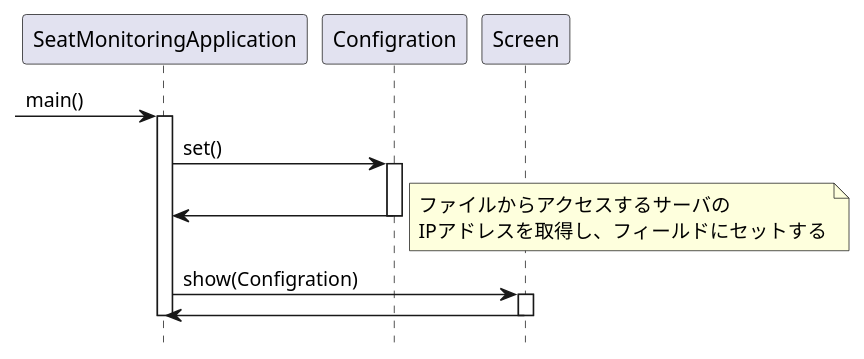
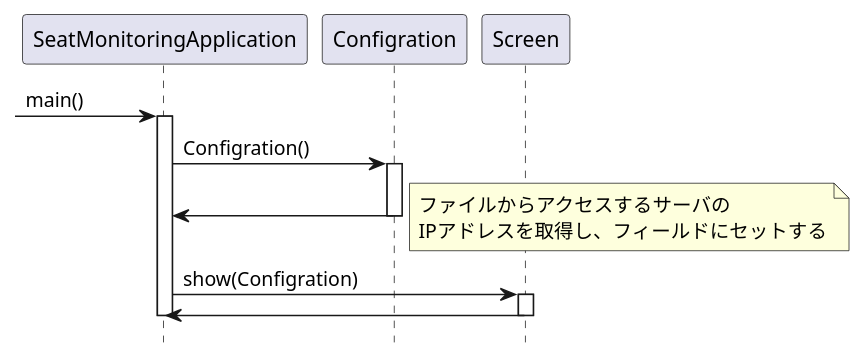
One commit to KeisukeSugita/Seat-monitoring-system changed the diagram in doc/詳細設計/構成図(.pu)/座席監視アプリ起動シーケンス図.pu. Above: the diagram before and after it, drawn with PlantUML. The commit also changed 3 other files, not shown here.

```diff
--- a/doc/詳細設計/構成図(.pu)/座席監視アプリ起動シーケンス図.pu
+++ b/doc/詳細設計/構成図(.pu)/座席監視アプリ起動シーケンス図.pu
@@ -1,25 +1,25 @@
 @startuml 座席監視アプリ起動シーケンス図
 hide footbox
 
 participant "SeatMonitoringApplication" as SeatMonitoringApplication
 participant "Configration" as Configration
 participant "Screen" as Screen
 
 -> SeatMonitoringApplication :main()
 activate SeatMonitoringApplication
-SeatMonitoringApplication -> Configration : set()
+SeatMonitoringApplication -> Configration : Configration()
 activate Configration
 SeatMonitoringApplication <- Configration
 deactivate Configration
 note right
 	ファイルからアクセスするサーバの
 	IPアドレスを取得し、フィールドにセットする
 end note
 
 SeatMonitoringApplication -> Screen : show(Configration)
 activate Screen
 SeatMonitoringApplication <- Screen
 deactivate Screen
 deactivate SeatMonitoringApplication
 
 @enduml
```
